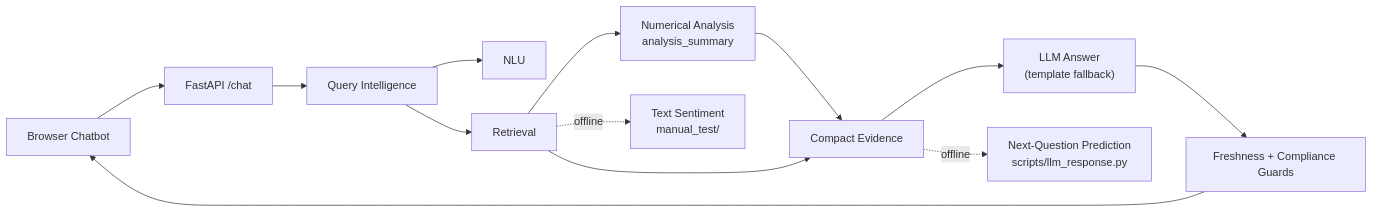
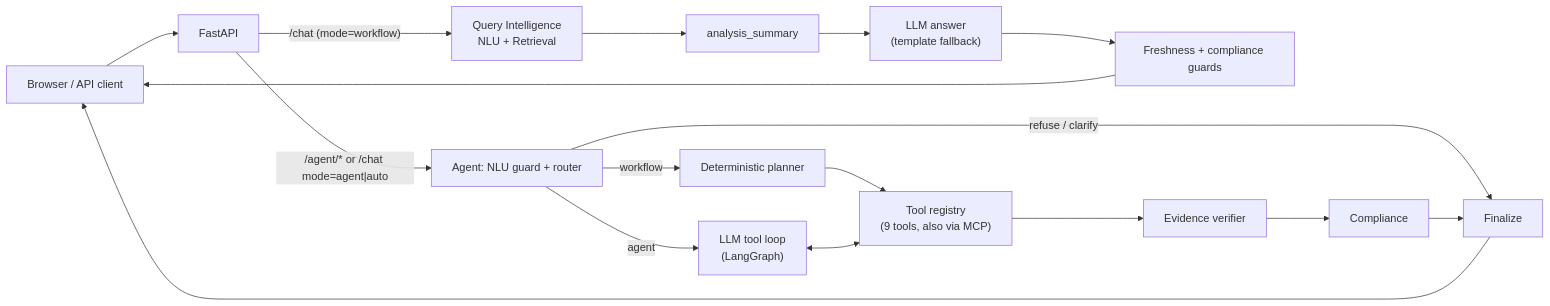
One commit to beautifulrem/FinSight changed the diagram in README.md. Above: the diagram before and after it, drawn with Mermaid. The commit also changed other lines of this file and 4 other files, not shown here.

First line of the commit message:
feat(agent): return sentiment and next-question suggestions online

````diff
--- a/README.md
+++ b/README.md
@@ -36,15 +38,11 @@
 ```mermaid
 flowchart LR
-  A["Browser Chatbot"] --> B["FastAPI /chat"]
-  B --> C["Query Intelligence"]
-  C --> C1["NLU"]
-  C --> C2["Retrieval"]
-  C2 --> D["Numerical Analysis<br/>analysis_summary"]
-  D --> F["Compact Evidence"]
-  C2 --> F
-  F --> G["LLM Answer<br/>(template fallback)"]
-  G --> H["Freshness + Compliance Guards"]
-  H --> A
-  C2 -.offline.-> E["Text Sentiment<br/>manual_test/"]
-  F -.offline.-> P["Next-Question Prediction<br/>scripts/llm_response.py"]
+  A["Browser / API client"] --> B["FastAPI"]
+  B -->|"/chat (mode=workflow)"| C["Query Intelligence<br/>NLU + Retrieval"]
+  C --> D["analysis_summary"] --> G["LLM answer<br/>(template fallback)"] --> H["Freshness + compliance guards"] --> A
+  B -->|"/agent/* or /chat mode=agent|auto"| R["Agent: NLU guard + router"]
+  R -->|refuse / clarify| F["Finalize"]
+  R -->|workflow| P["Deterministic planner"] --> T["Tool registry<br/>(9 tools, also via MCP)"]
+  R -->|agent| L["LLM tool loop<br/>(LangGraph)"] <--> T
+  T --> V["Evidence verifier"] --> K["Compliance"] --> F --> A
 ```
````
